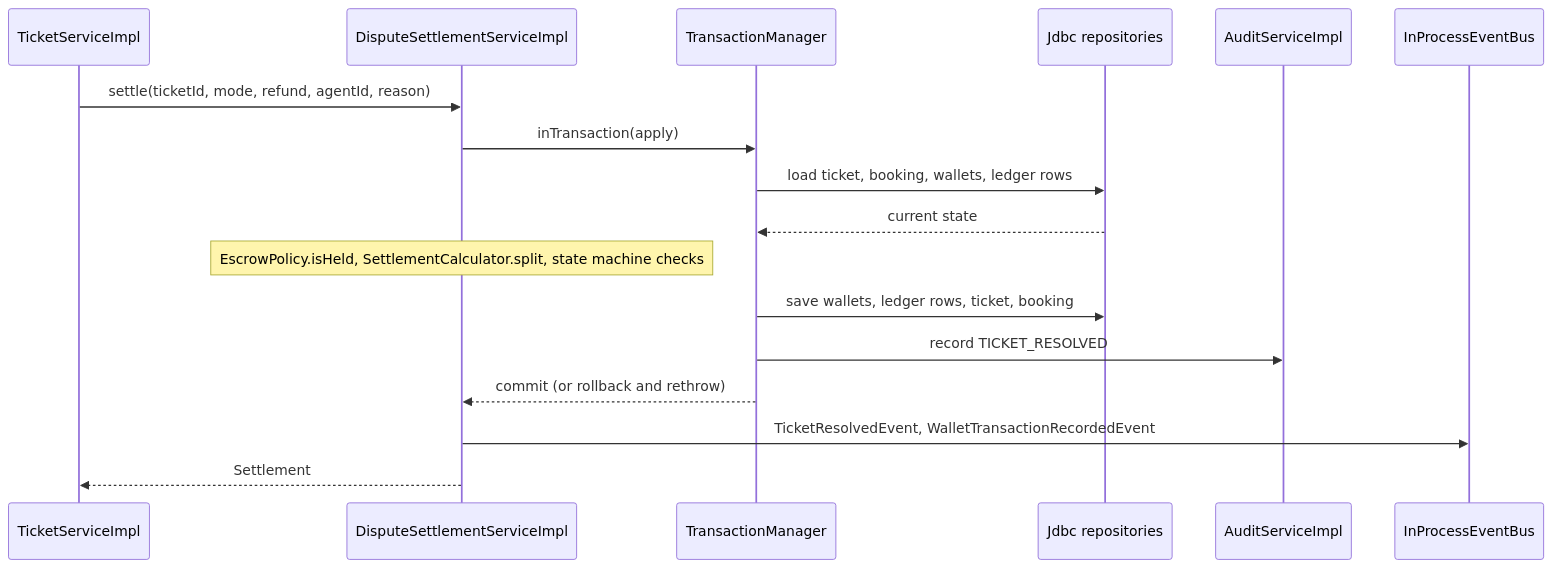
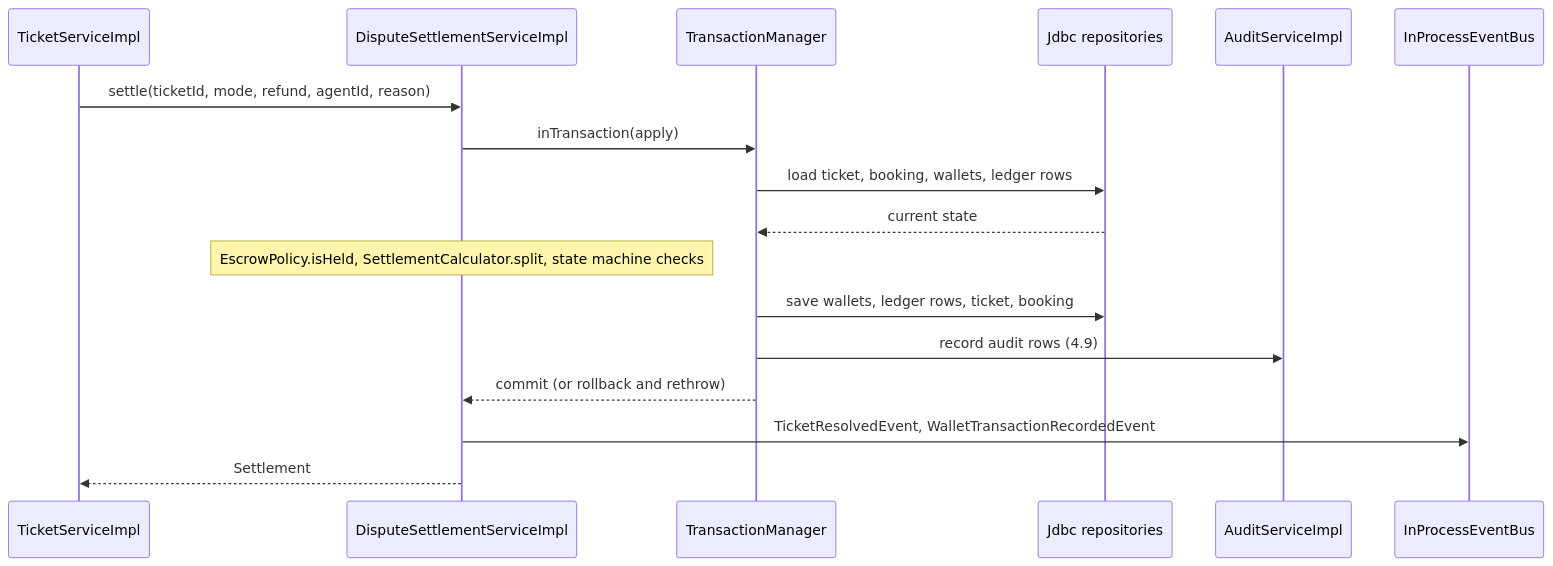
One commit to CS3227-2610-MP2-SnoozeShare/CS3227-2610-MP2 changed the third of 5 diagrams in docs/DeveloperGuide.md. Above: the diagram before and after it, drawn with Mermaid. The commit also changed other lines of this file and 2 other files, not shown here.

````diff
--- a/docs/DeveloperGuide.md
+++ b/docs/DeveloperGuide.md
@@ -373,19 +398,19 @@
 ```mermaid
 sequenceDiagram
   participant TS as TicketServiceImpl
   participant DS as DisputeSettlementServiceImpl
   participant TM as TransactionManager
   participant R as Jdbc repositories
   participant AU as AuditServiceImpl
   participant EB as InProcessEventBus
   TS->>DS: settle(ticketId, mode, refund, agentId, reason)
   DS->>TM: inTransaction(apply)
   TM->>R: load ticket, booking, wallets, ledger rows
   R-->>TM: current state
   Note over DS: EscrowPolicy.isHeld, SettlementCalculator.split, state machine checks
   TM->>R: save wallets, ledger rows, ticket, booking
-  TM->>AU: record TICKET_RESOLVED
+  TM->>AU: record audit rows (4.9)
   TM-->>DS: commit (or rollback and rethrow)
   DS->>EB: TicketResolvedEvent, WalletTransactionRecordedEvent
   DS-->>TS: Settlement
 ```
````
